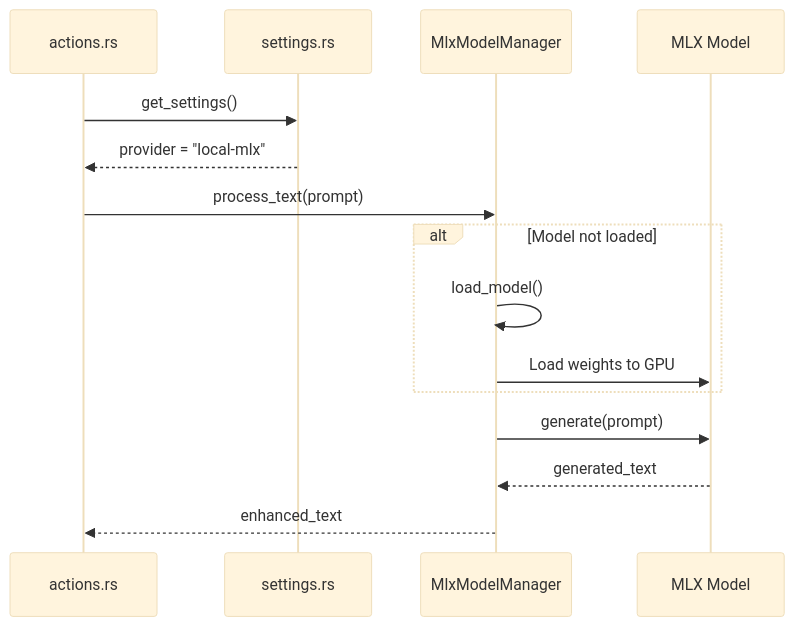
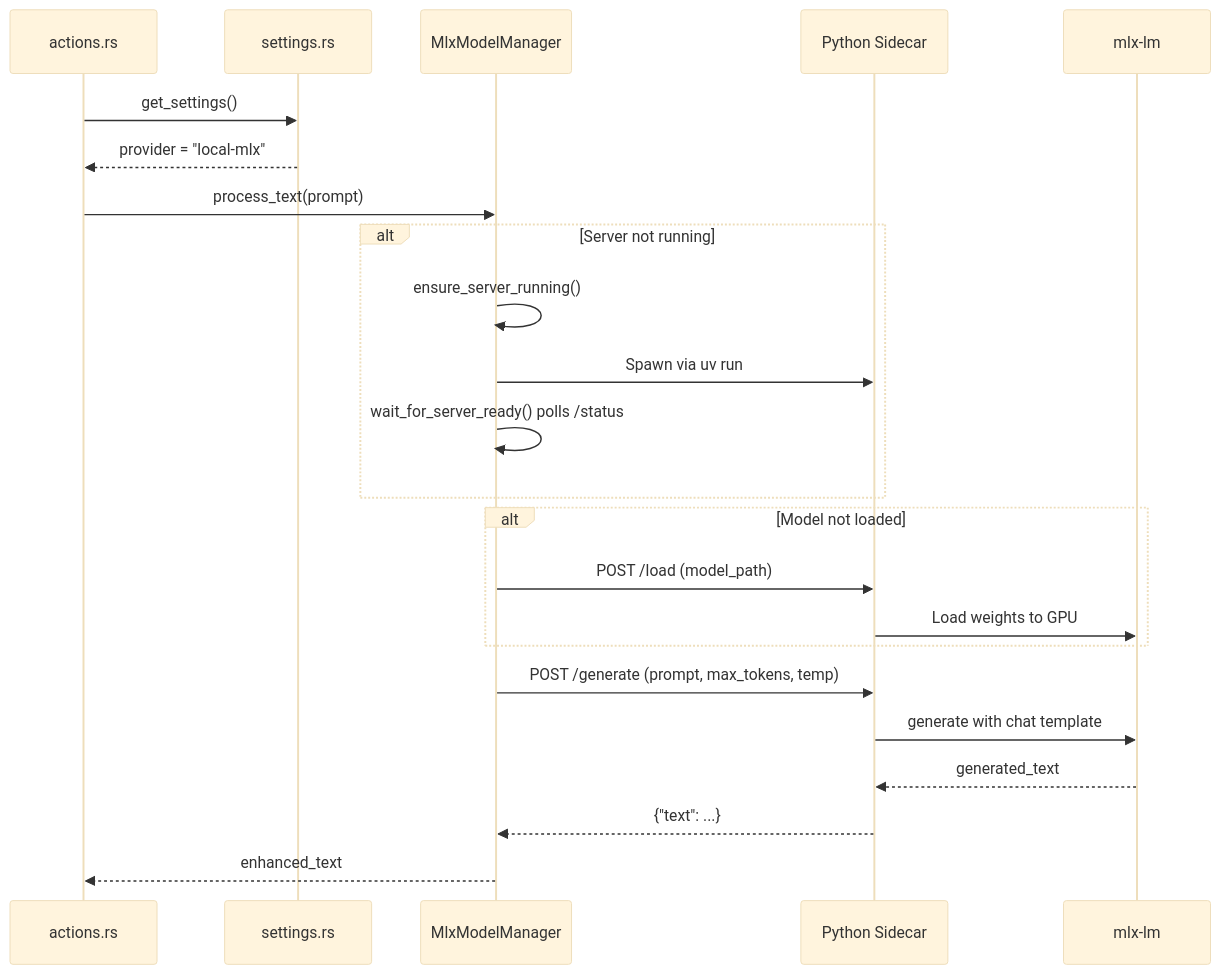
Before and after one commit to aidynamicsolutions/codictate: the second of 3 diagrams in openspec/changes/add-mlx-local-ai-provider/design.md, drawn with Mermaid (base theme). The commit also changed other lines of this file and 36 other files, not shown here.

Commit message:
feat: complete mlx model with sidecar implementation.

````diff
--- a/openspec/changes/add-mlx-local-ai-provider/design.md
+++ b/openspec/changes/add-mlx-local-ai-provider/design.md
@@ -142,20 +155,29 @@
 ```mermaid
 sequenceDiagram
     participant Actions as actions.rs
     participant Settings as settings.rs
     participant MLX as MlxModelManager
-    participant Model as MLX Model
+    participant Server as Python Sidecar
+    participant Model as mlx-lm
 
     Actions->>Settings: get_settings()
     Settings-->>Actions: provider = "local-mlx"
     Actions->>MLX: process_text(prompt)
     
-    alt Model not loaded
-        MLX->>MLX: load_model()
-        MLX->>Model: Load weights to GPU
+    alt Server not running
+        MLX->>MLX: ensure_server_running()
+        MLX->>Server: Spawn via uv run
+        MLX->>MLX: wait_for_server_ready() polls /status
     end
     
-    MLX->>Model: generate(prompt)
-    Model-->>MLX: generated_text
+    alt Model not loaded
+        MLX->>Server: POST /load (model_path)
+        Server->>Model: Load weights to GPU
+    end
+    
+    MLX->>Server: POST /generate (prompt, max_tokens, temp)
+    Server->>Model: generate with chat template
+    Model-->>Server: generated_text
+    Server-->>MLX: {"text": ...}
     MLX-->>Actions: enhanced_text
 ```
````
